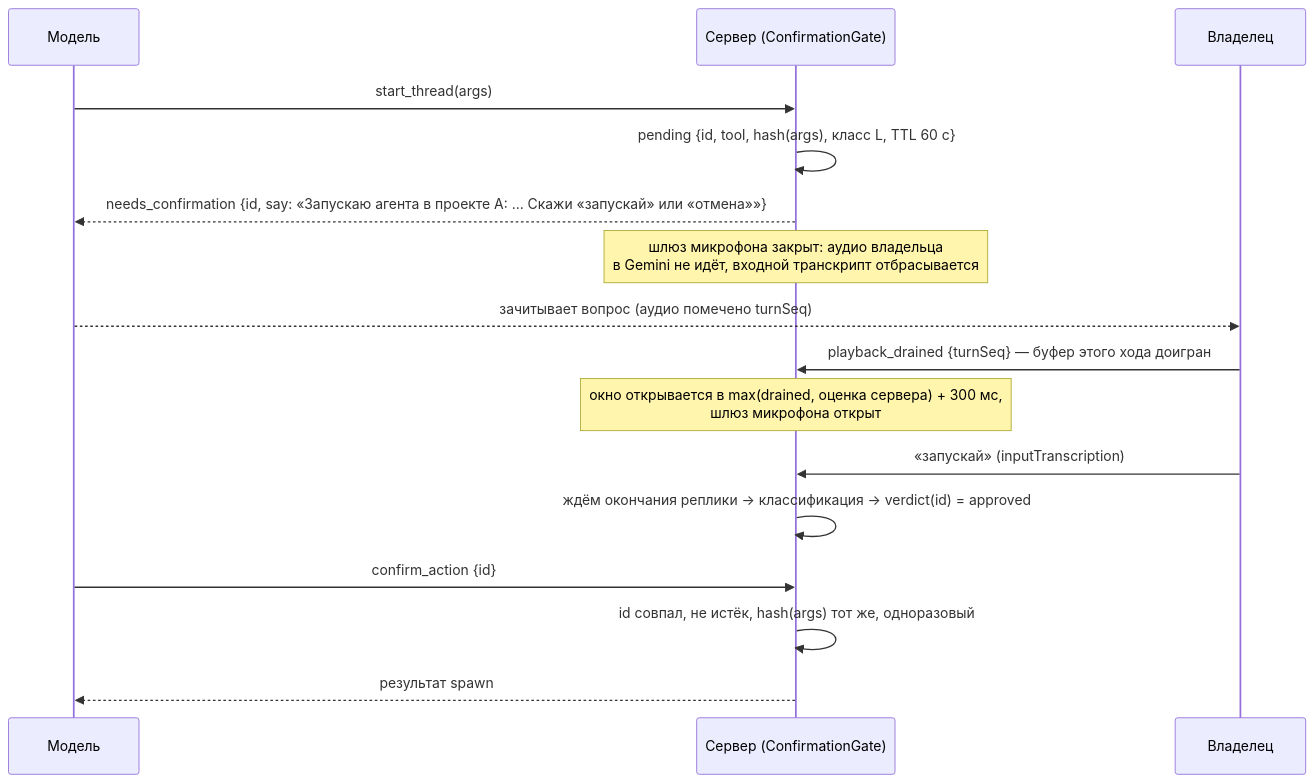
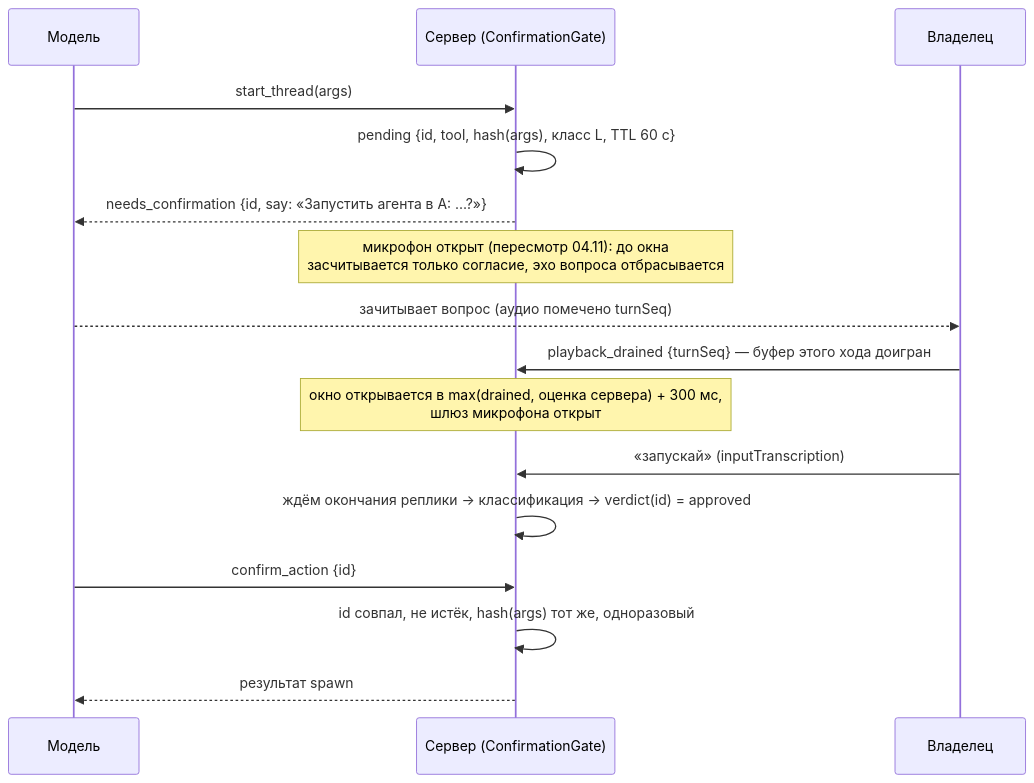
Before and after one commit to nick8cyber/bb-addons: the fourth of 4 diagrams in docs/specs/live-call.md, drawn with Mermaid. The commit also changed other lines of this file and 7 other files, not shown here.

````diff
--- a/docs/specs/live-call.md
+++ b/docs/specs/live-call.md
@@ -252,18 +252,18 @@
 ```mermaid
 sequenceDiagram
   participant M as Модель
   participant S as Сервер (ConfirmationGate)
   participant U as Владелец
   M->>S: start_thread(args)
   S->>S: pending {id, tool, hash(args), класс L, TTL 60 с}
-  S-->>M: needs_confirmation {id, say: «Запускаю агента в проекте A: … Скажи «запускай» или «отмена»»}
-  Note over S: шлюз микрофона закрыт: аудио владельца<br/>в Gemini не идёт, входной транскрипт отбрасывается
+  S-->>M: needs_confirmation {id, say: «Запустить агента в A: …?»}
+  Note over S: микрофон открыт (пересмотр 04.11): до окна<br/>засчитывается только согласие, эхо вопроса отбрасывается
   M-->>U: зачитывает вопрос (аудио помечено turnSeq)
   U->>S: playback_drained {turnSeq} — буфер этого хода доигран
   Note over S: окно открывается в max(drained, оценка сервера) + 300 мс,<br/>шлюз микрофона открыт
   U->>S: «запускай» (inputTranscription)
   S->>S: ждём окончания реплики → классификация → verdict(id) = approved
   M->>S: confirm_action {id}
   S->>S: id совпал, не истёк, hash(args) тот же, одноразовый
   S-->>M: результат spawn
 ```
````
